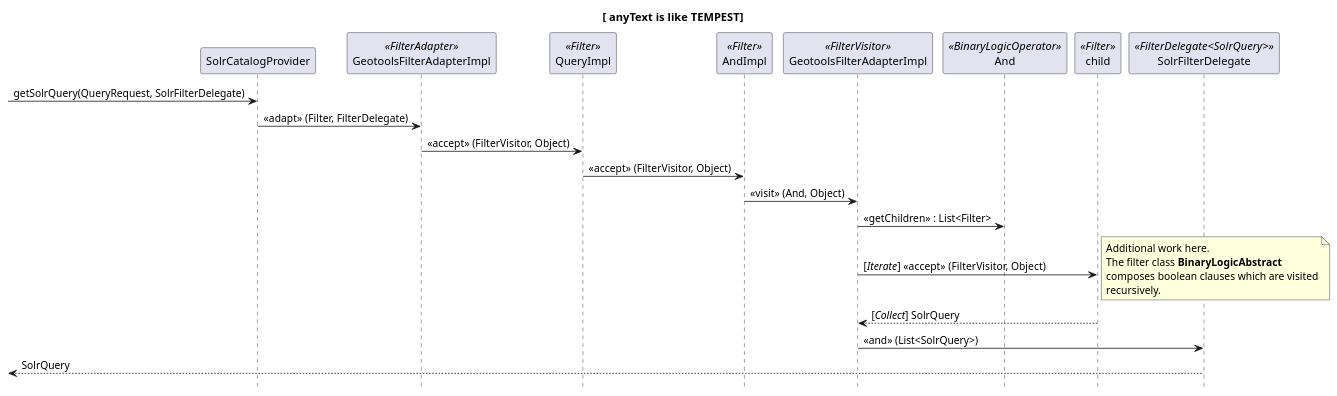
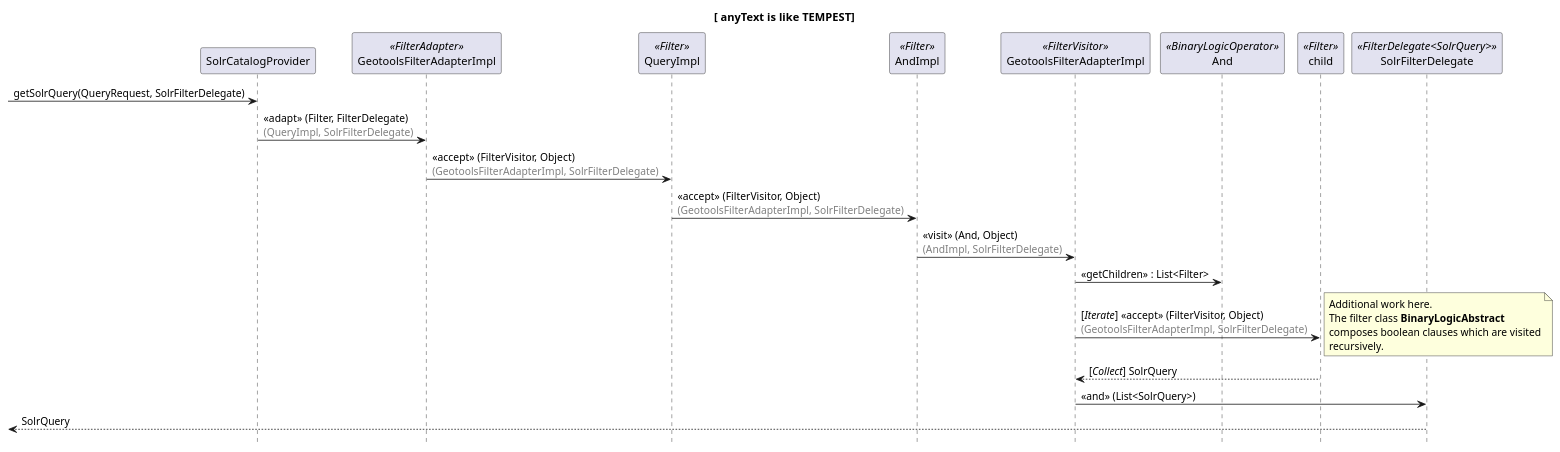
One commit to ahoffer/diagrams changed the diagram in plantuml/Query.puml. Above: the diagram before and after it, drawn with PlantUML.

Commit message:
Add concrete classes

```diff
--- a/plantuml/Query.puml
+++ b/plantuml/Query.puml
@@ -1,45 +1,40 @@
 @startuml
 hide footbox
 title [ anyText is like TEMPEST]
 'Full query after transformations:
 '[QueryImpl{filter=QueryImpl{filter=[ anyText is like TEMPEST ], startIndex=1, pageSize=250, requestsTotalResultsCount=true, timeoutMillis=300000, sortBy=SortByImpl{propertyName=ddf.catalog.filter.impl.PropertyNameImpl@37f67888, sortOrder=SortOrder[DESCENDING]}, properties=null}, startIndex=1, pageSize=250, requestsTotalResultsCount=true, timeoutMillis=300000, sortBy=SortByImpl{propertyName=ddf.catalog.filter.impl.PropertyNameImpl@37f67888, sortOrder=SortOrder[DESCENDING]}, properties=null} AND [[ validation-errors IS NULL ]]], startIndex=1, pageSize=250, requestsTotalResultsCount=true, timeoutMillis=300000, sortBy=SortByImpl{propertyName=ddf.catalog.filter.impl.PropertyNameImpl@37f67888, sortOrder=SortOrder[DESCENDING]}, properties=null} AND [[ metacard-tags is like resource ] OR [ metacard-tags IS NULL ]]], startIndex=1, pageSize=250, requestsTotalResultsCount=true, timeoutMillis=300000, sortBy=SortByImpl{propertyName=ddf.catalog.filter.impl.PropertyNameImpl@37f67888, sortOrder=SortOrder[DESCENDING]}, properties=null},sourceIds=<null>,isEnterprise=false]
 
 [-> SolrCatalogProvider: getSolrQuery(QueryRequest, SolrFilterDelegate)
 
 
 participant GeotoolsFilterAdapterImpl as GeoAdapter  <<FilterAdapter>>
-SolrCatalogProvider -> GeoAdapter : «adapt» (Filter, FilterDelegate)
-'Concrete classes are (QueryImpl, SolrFilterDelegate)
+SolrCatalogProvider -> GeoAdapter : «adapt» (Filter, FilterDelegate)\n<color gray>(QueryImpl, SolrFilterDelegate)</color>
 
 
 participant QueryImpl <<Filter>>
-GeoAdapter -> QueryImpl : «accept» (FilterVisitor, Object)
-'Concrete classes are (GeotoolsFilterAdapterImpl, SolrFilterDelegate)
+GeoAdapter -> QueryImpl : «accept» (FilterVisitor, Object)\n<color gray>(GeotoolsFilterAdapterImpl, SolrFilterDelegate)</color>
 
 participant AndImpl <<Filter>>
-QueryImpl -> AndImpl : «accept» (FilterVisitor, Object)
-'Concrete classes are (GeotoolsFilterAdapterImpl, SolrFilterDelegate)
+QueryImpl -> AndImpl : «accept» (FilterVisitor, Object)\n<color gray>(GeotoolsFilterAdapterImpl, SolrFilterDelegate)</color>
 
 participant GeotoolsFilterAdapterImpl as GeoVisitor <<FilterVisitor>>
-AndImpl -> GeoVisitor : «visit» (And, Object)
-'Concrete classes are AndImpl and SolrFilterDelegate
+AndImpl -> GeoVisitor : «visit» (And, Object)\n<color gray>(AndImpl, SolrFilterDelegate)</color>
 
 participant And <<BinaryLogicOperator>>
 GeoVisitor -> And : «getChildren» : List<Filter>
 'Return list of size 2. QueryImpl and OrImpl
 
 participant child <<Filter>>
-GeoVisitor -> child : [//Iterate//] «accept» (FilterVisitor, Object)
-'Concrete classes are (GeotoolsFilterAdapterImpl, SolrFilterDelegate)
+GeoVisitor -> child : [//Iterate//] «accept» (FilterVisitor, Object)\n<color gray>(GeotoolsFilterAdapterImpl, SolrFilterDelegate)</color>
 note right
   Additional work here.
   The filter class **BinaryLogicAbstract**
   composes boolean clauses which are visited
   recursively.
 end note
 return [//Collect//] SolrQuery
 
 participant SolrFilterDelegate <<FilterDelegate<SolrQuery>>>
 GeoVisitor -> SolrFilterDelegate : «and» (List<SolrQuery>)
 [<-- SolrFilterDelegate: SolrQuery
 @enduml
```
